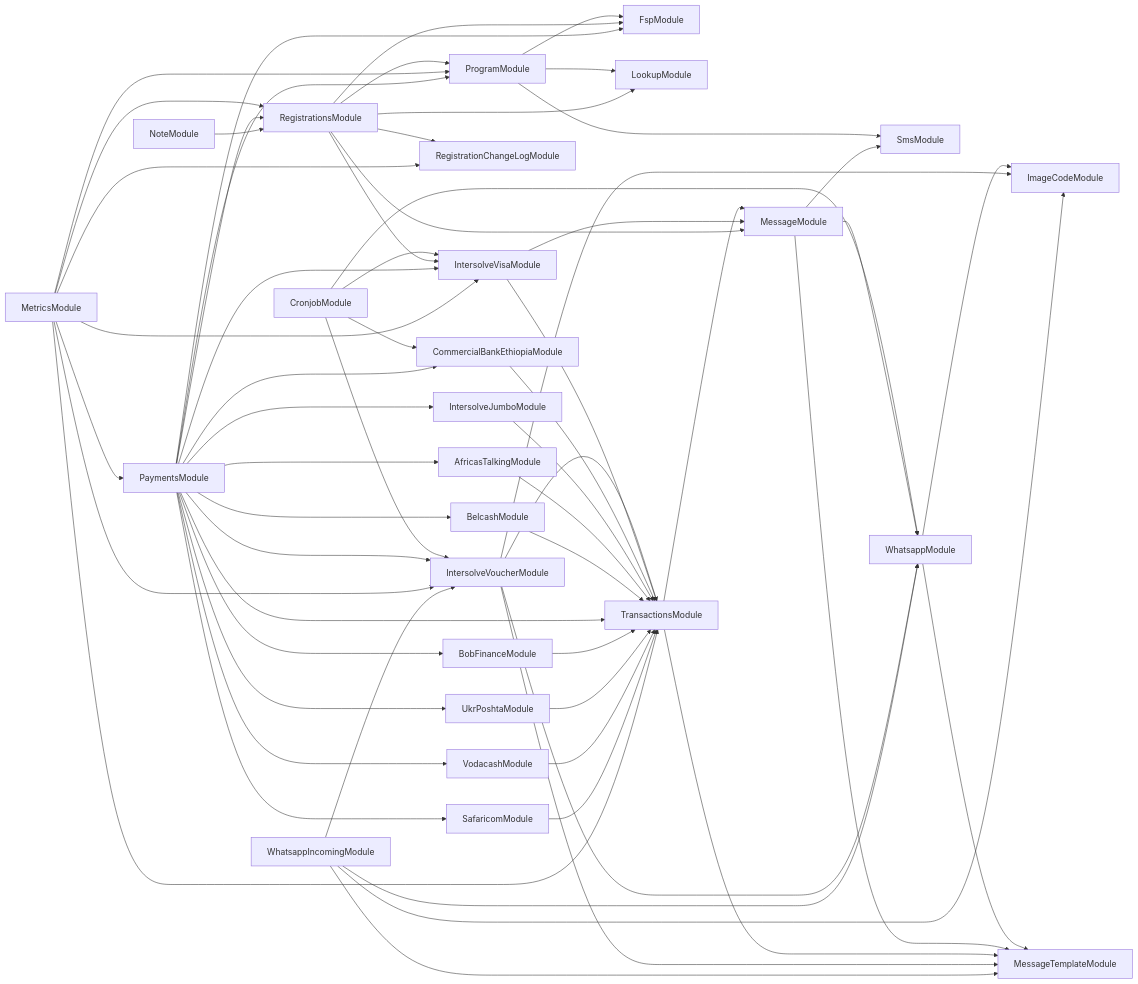
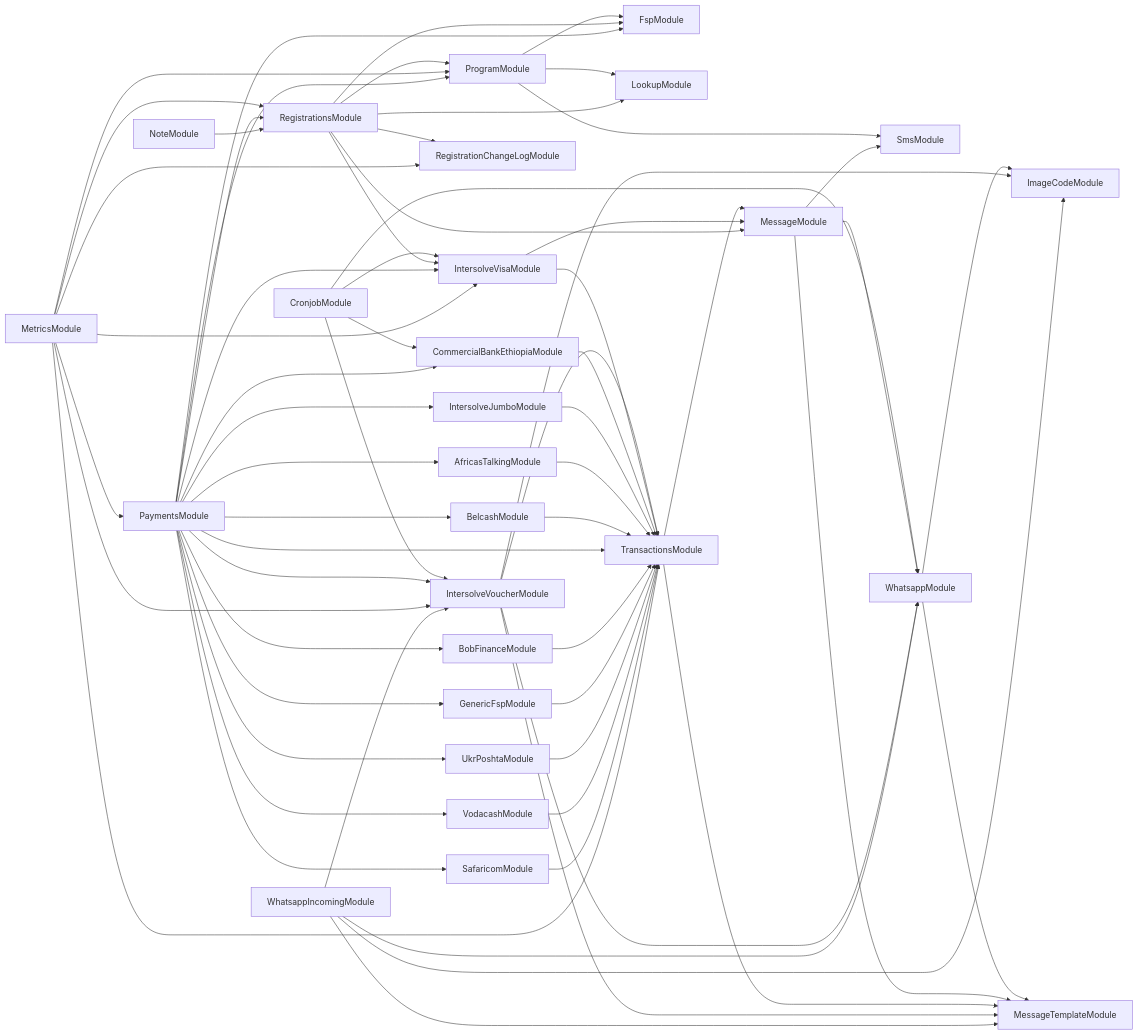
One commit to global-121/121-platform changed the diagram in services/121-service/module-dependencies.md. Above: the diagram before and after it, drawn with Mermaid. The commit also changed 10 other files, not shown here.

````diff
--- a/services/121-service/module-dependencies.md
+++ b/services/121-service/module-dependencies.md
@@ -3,63 +3,65 @@
 ```mermaid
 graph LR
   ProgramModule-->SmsModule
   ProgramModule-->FspModule
   ProgramModule-->LookupModule
   CronjobModule-->WhatsappModule
   WhatsappModule-->ImageCodeModule
   WhatsappModule-->MessageTemplateModule
   CronjobModule-->IntersolveVoucherModule
   IntersolveVoucherModule-->ImageCodeModule
   IntersolveVoucherModule-->TransactionsModule
   TransactionsModule-->MessageModule
   MessageModule-->WhatsappModule
   MessageModule-->SmsModule
   MessageModule-->MessageTemplateModule
   TransactionsModule-->MessageTemplateModule
   IntersolveVoucherModule-->WhatsappModule
   IntersolveVoucherModule-->MessageTemplateModule
   CronjobModule-->IntersolveVisaModule
   IntersolveVisaModule-->TransactionsModule
   IntersolveVisaModule-->MessageModule
   CronjobModule-->CommercialBankEthiopiaModule
   CommercialBankEthiopiaModule-->TransactionsModule
   RegistrationsModule-->LookupModule
   RegistrationsModule-->ProgramModule
   RegistrationsModule-->FspModule
   RegistrationsModule-->MessageModule
   RegistrationsModule-->IntersolveVisaModule
   RegistrationsModule-->RegistrationChangeLogModule
   MetricsModule-->ProgramModule
   MetricsModule-->RegistrationsModule
   MetricsModule-->PaymentsModule
   PaymentsModule-->FspModule
   PaymentsModule-->IntersolveVoucherModule
   PaymentsModule-->IntersolveVisaModule
   PaymentsModule-->IntersolveJumboModule
   IntersolveJumboModule-->TransactionsModule
   PaymentsModule-->AfricasTalkingModule
   AfricasTalkingModule-->TransactionsModule
   PaymentsModule-->BelcashModule
   BelcashModule-->TransactionsModule
   PaymentsModule-->TransactionsModule
   PaymentsModule-->BobFinanceModule
   BobFinanceModule-->TransactionsModule
+  PaymentsModule-->GenericFspModule
+  GenericFspModule-->TransactionsModule
   PaymentsModule-->UkrPoshtaModule
   UkrPoshtaModule-->TransactionsModule
   PaymentsModule-->VodacashModule
   VodacashModule-->TransactionsModule
   PaymentsModule-->SafaricomModule
   SafaricomModule-->TransactionsModule
   PaymentsModule-->CommercialBankEthiopiaModule
   PaymentsModule-->RegistrationsModule
   PaymentsModule-->ProgramModule
   MetricsModule-->TransactionsModule
   MetricsModule-->IntersolveVisaModule
   MetricsModule-->IntersolveVoucherModule
   MetricsModule-->RegistrationChangeLogModule
   WhatsappIncomingModule-->ImageCodeModule
   WhatsappIncomingModule-->IntersolveVoucherModule
   WhatsappIncomingModule-->WhatsappModule
   WhatsappIncomingModule-->MessageTemplateModule
   NoteModule-->RegistrationsModule
 ```
````
